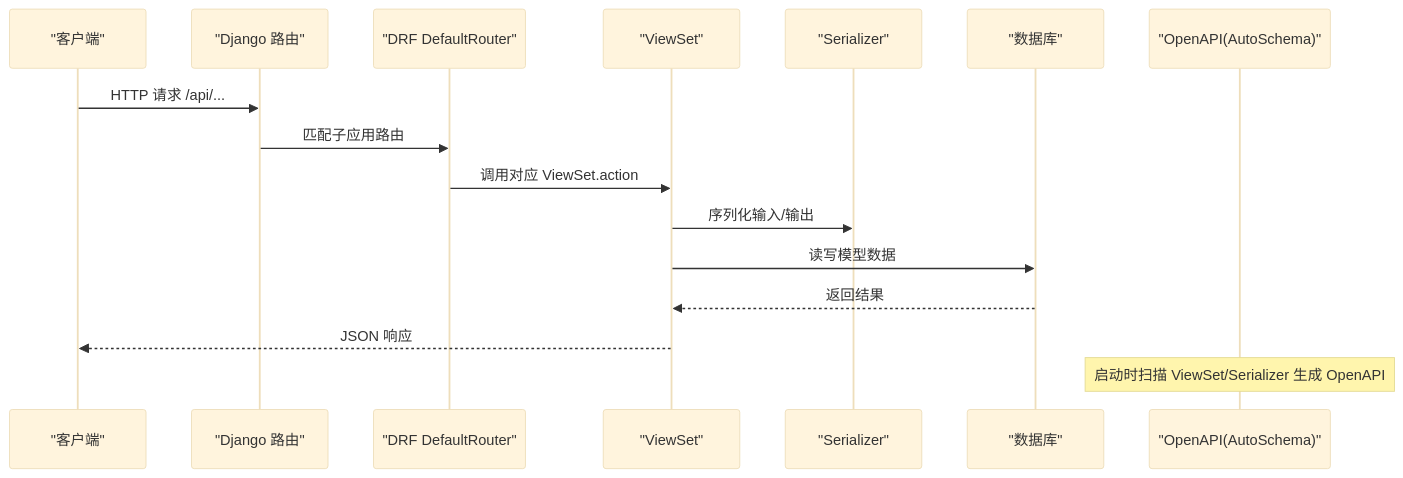
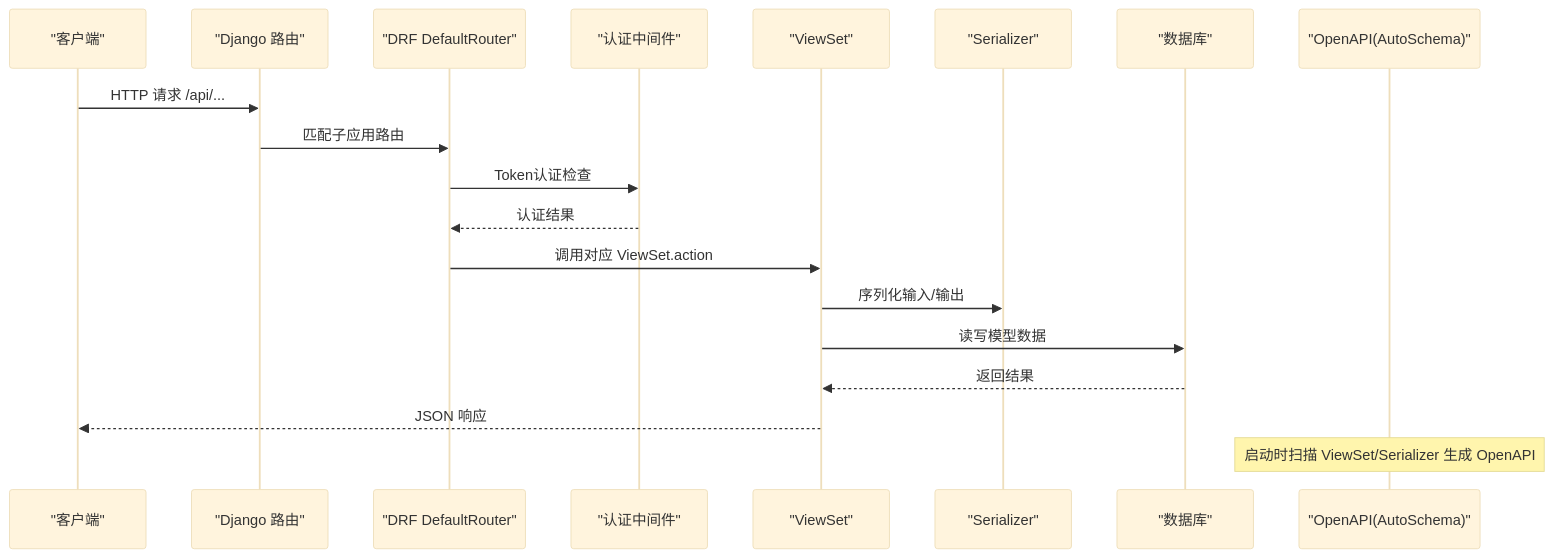
Before and after one commit to zyp-coder/Metadata: the second of 5 diagrams in .qoder/repowiki/zh/content/API参考文档/API参考文档.md, drawn with Mermaid (base theme). The commit also changed other lines of this file and 54 other files, not shown here.

````diff
--- a/.qoder/repowiki/zh/content/API参考文档/API参考文档.md
+++ b/.qoder/repowiki/zh/content/API参考文档/API参考文档.md
@@ -87,18 +105,21 @@
 ```mermaid
 sequenceDiagram
 participant Client as "客户端"
 participant Django as "Django 路由"
 participant Router as "DRF DefaultRouter"
+participant Auth as "认证中间件"
 participant View as "ViewSet"
 participant Serial as "Serializer"
 participant DB as "数据库"
 participant Schema as "OpenAPI(AutoSchema)"
 Client->>Django : HTTP 请求 /api/...
 Django->>Router : 匹配子应用路由
+Router->>Auth : Token认证检查
+Auth-->>Router : 认证结果
 Router->>View : 调用对应 ViewSet.action
 View->>Serial : 序列化输入/输出
 View->>DB : 读写模型数据
 DB-->>View : 返回结果
 View-->>Client : JSON 响应
 Note over Schema : 启动时扫描 ViewSet/Serializer 生成 OpenAPI
 ```
````
